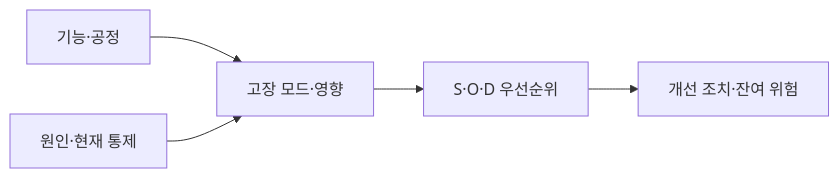
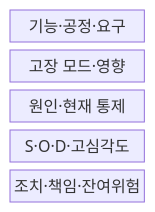
Before and after one commit to agnusdei1207/knowledge-base: the first of 2 diagrams in src/content/docs/notes/06-evaluation/028_fmea_failure_mode_effect_analysis.md, drawn with Mermaid. The commit also changed other lines of this file and 6 other files, not shown here.

````diff
--- a/src/content/docs/notes/06-evaluation/028_fmea_failure_mode_effect_analysis.md
+++ b/src/content/docs/notes/06-evaluation/028_fmea_failure_mode_effect_analysis.md
@@ -61,7 +60,9 @@
 ```mermaid
-flowchart LR
-    A[기능·공정] --> B[고장 모드·영향]
-    C[원인·현재 통제] --> B
-    B --> D[S·O·D 우선순위]
-    D --> E[개선 조치·잔여 위험]
+block-beta
+  columns 1
+  F["기능·공정·요구"]
+  M["고장 모드·영향"]
+  C["원인·현재 통제"]
+  R["S·O·D·고심각도"]
+  A["조치·책임·잔여위험"]
 ```
````
